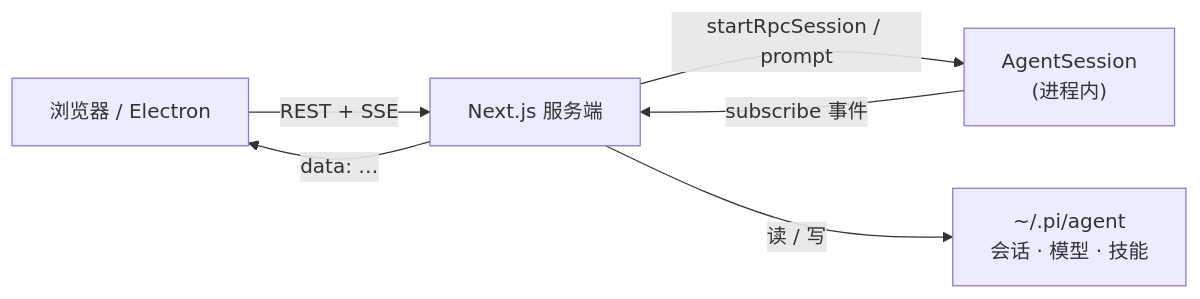
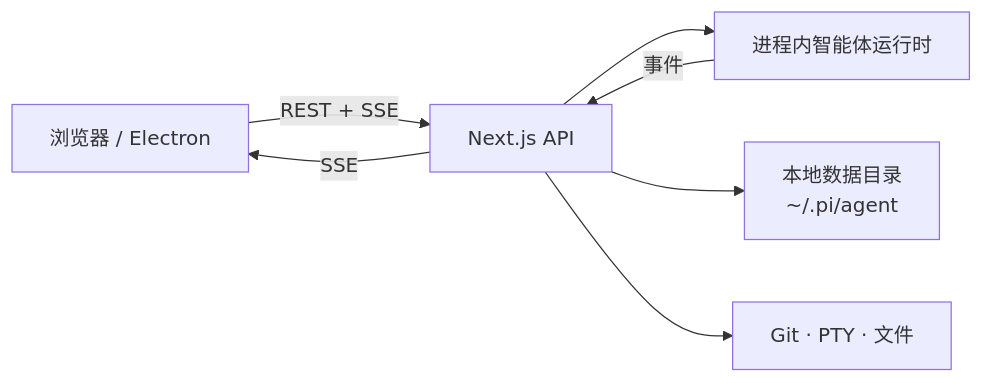
One commit to ct-jyjntc/pi-web changed the diagram in README.zh-CN.md. Above: the diagram before and after it, drawn with Mermaid. The commit also changed other lines of this file and 1 other file, not shown here.

````diff
--- a/README.zh-CN.md
+++ b/README.zh-CN.md
@@ -164,13 +147,15 @@
 ```mermaid
 flowchart LR
-  Browser["浏览器 / Electron"]
-  Next["Next.js 服务端"]
-  Agent["AgentSession\n(进程内)"]
-  Disk["~/.pi/agent\n会话 · 模型 · 技能"]
+  Client["浏览器 / Electron"]
+  Next["Next.js API"]
+  Runtime["进程内智能体运行时"]
+  Disk["本地数据目录\n~/.pi/agent"]
+  Git["Git · PTY · 文件"]
 
-  Browser -->|"REST + SSE"| Next
-  Next -->|"startRpcSession / prompt"| Agent
-  Next -->|"读 / 写"| Disk
-  Agent -->|"subscribe 事件"| Next
-  Next -->|"data: …"| Browser
+  Client -->|"REST + SSE"| Next
+  Next --> Runtime
+  Next --> Disk
+  Next --> Git
+  Runtime -->|"事件"| Next
+  Next -->|"SSE"| Client
 ```
````
